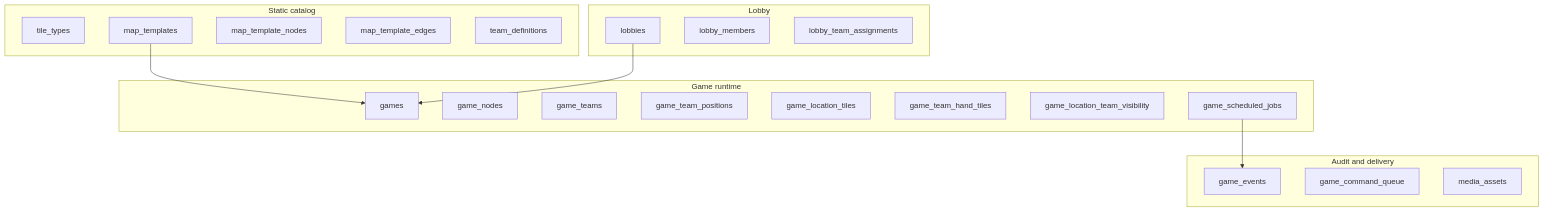
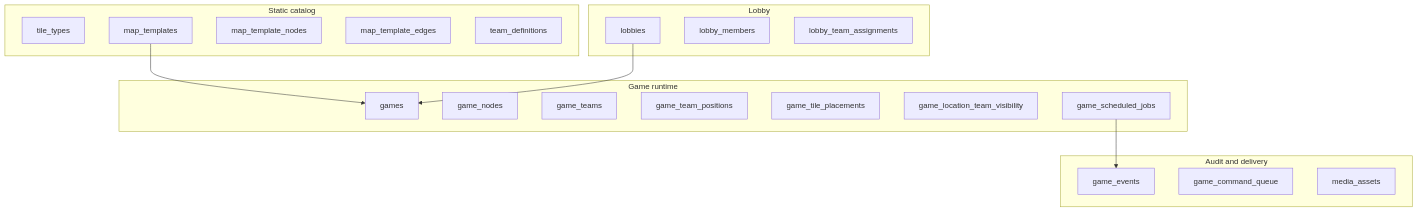
Before and after one commit to majesticwhales/mingmei-mahjong-mania: the first of 4 diagrams in docs/TDD.md, drawn with Mermaid. The commit also changed other lines of this file and 8 other files, not shown here.

Commit message:
game tiles + tdd update

````diff
--- a/docs/TDD.md
+++ b/docs/TDD.md
@@ -97,37 +97,36 @@
 ```mermaid
 flowchart TB
   subgraph catalog [Static catalog]
     TileTypes[tile_types]
     MapTpl[map_templates]
     MapNodes[map_template_nodes]
     MapEdges[map_template_edges]
     TeamDefs[team_definitions]
   end
 
   subgraph lobby [Lobby]
     Lobbies[lobbies]
     LobbyMembers[lobby_members]
     LobbyTeams[lobby_team_assignments]
   end
 
   subgraph runtime [Game runtime]
     Games[games]
     GameNodes[game_nodes]
     GameTeams[game_teams]
     TeamPos[game_team_positions]
-    LocTiles[game_location_tiles]
-    TeamHands[game_team_hand_tiles]
+    TilePlacements[game_tile_placements]
     LocVis[game_location_team_visibility]
     SchedJobs[game_scheduled_jobs]
   end
 
   subgraph audit [Audit and delivery]
     Events[game_events]
     CmdQueue[game_command_queue]
     Media[media_assets]
   end
 
   MapTpl --> Games
   Lobbies --> Games
   SchedJobs --> Events
 ```
````
